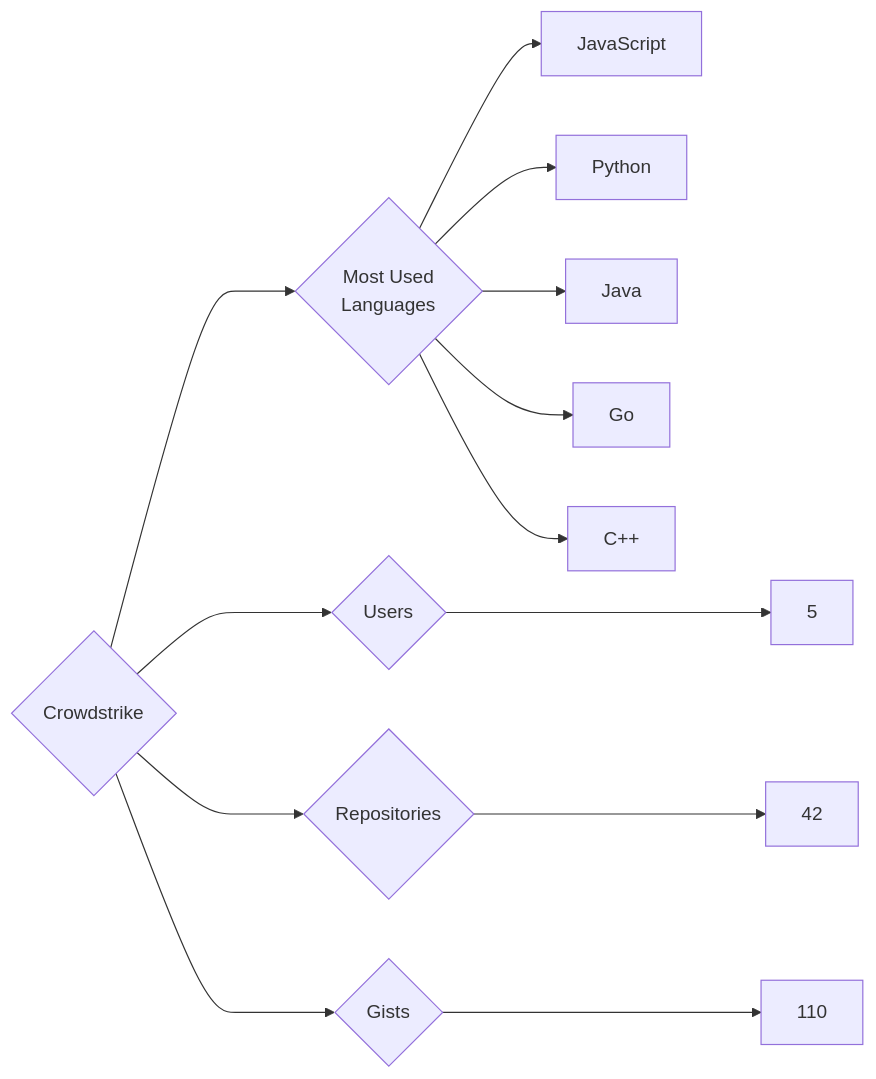
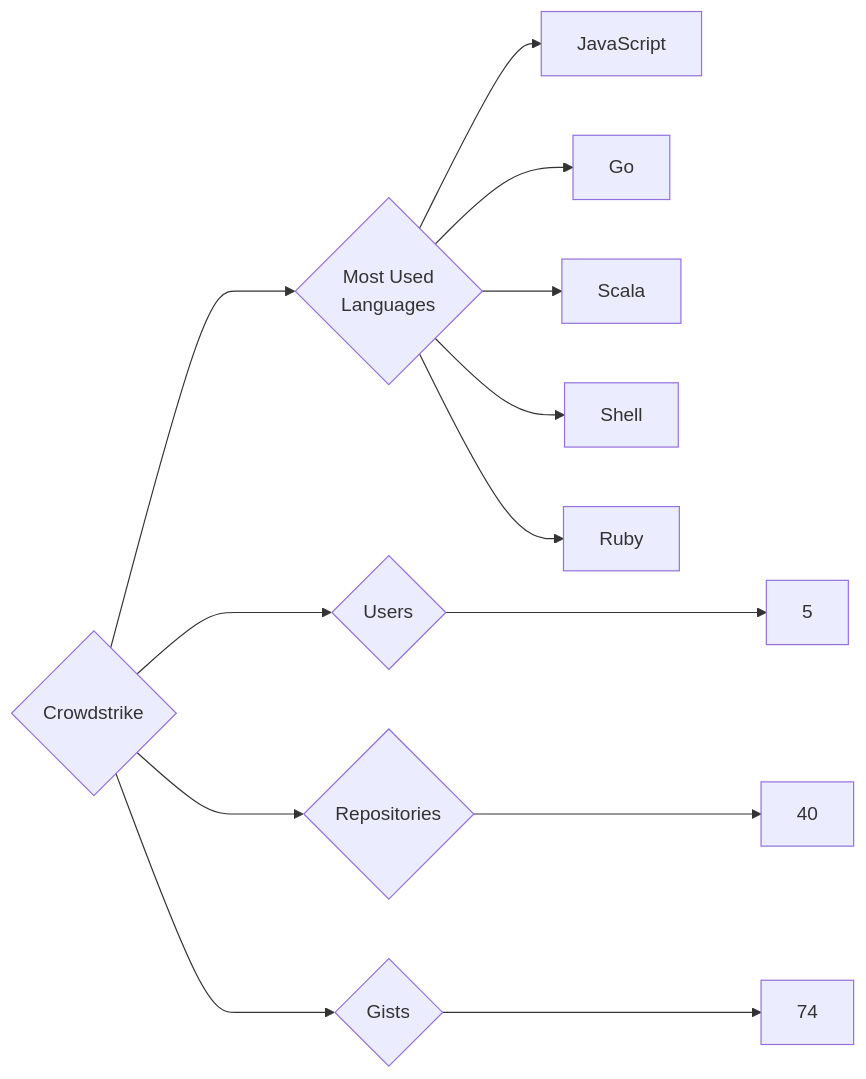
The diagram in targets/Crowdstrike/README.md (trickest/insiders), drawn with Mermaid before and after one commit. The commit also changed 1123 other files, not shown here.

````diff
--- a/targets/Crowdstrike/README.md
+++ b/targets/Crowdstrike/README.md
@@ -3,13 +3,13 @@
 ```mermaid
 graph LR
 COMPANY_NAME{Crowdstrike}
 COMPANY_NAME ---> U{Users} ---> UN[5]
-COMPANY_NAME ---> R{Repositories} ---> RN[42]
-COMPANY_NAME ---> G{Gists} ---> GN[110]
+COMPANY_NAME ---> R{Repositories} ---> RN[40]
+COMPANY_NAME ---> G{Gists} ---> GN[74]
 COMPANY_NAME ---> ML{Most Used<br>Languages}
 ML --> JavaScript[JavaScript]
-ML --> Python[Python]
-ML --> Java[Java]
 ML --> Go[Go]
-ML --> C++[C++]
+ML --> Scala[Scala]
+ML --> Shell[Shell]
+ML --> Ruby[Ruby]
 ```
````
